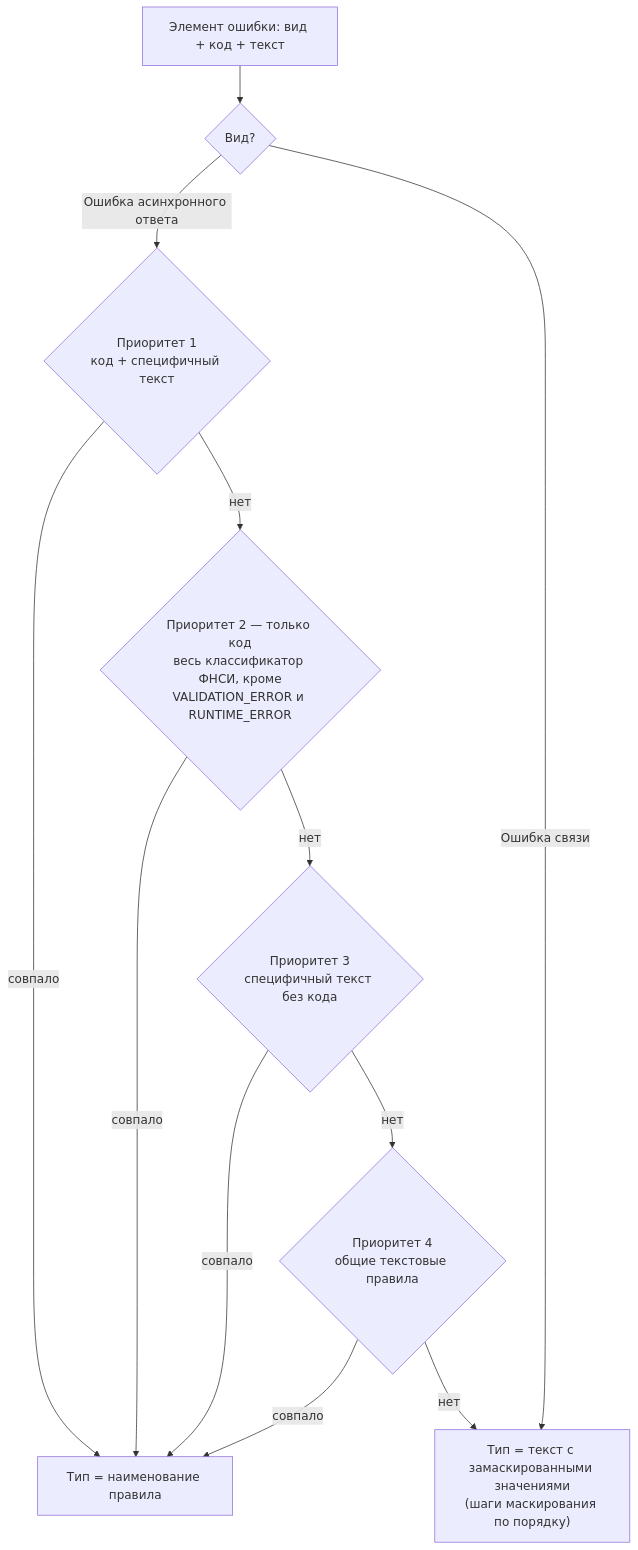
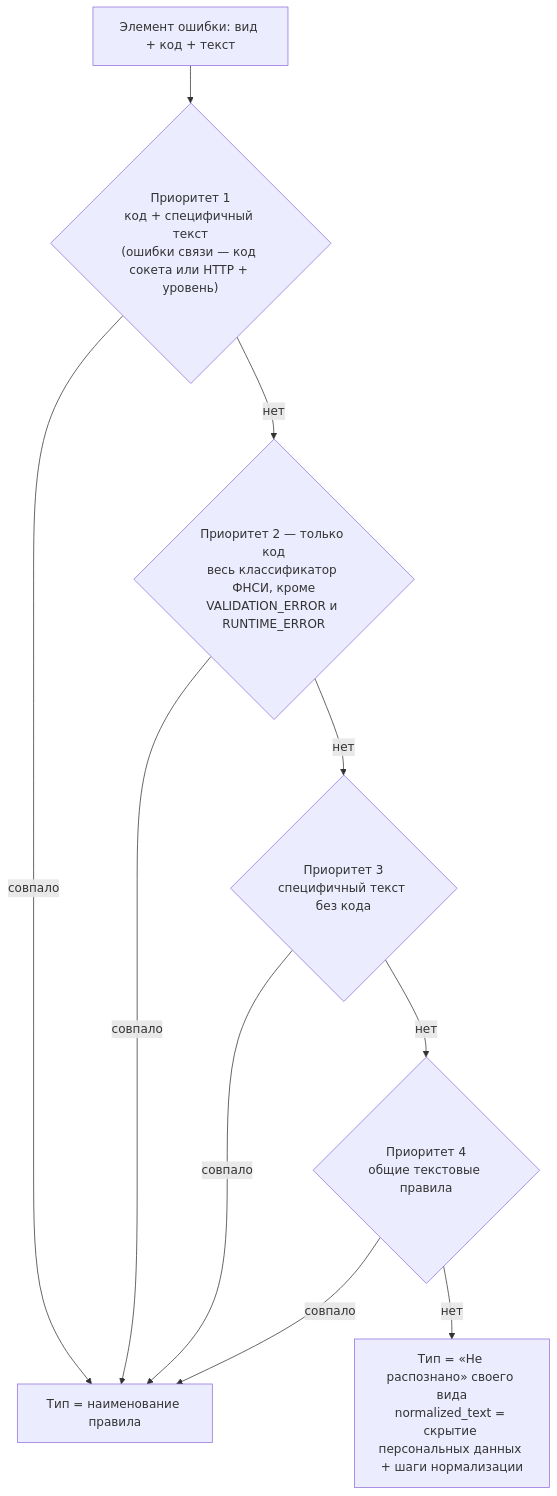
One commit to asaf1n/EGISZ-Proxy-Reports-Airflow changed the sixth of 6 diagrams in README.md. Above: the diagram before and after it, drawn with Mermaid. The commit also changed other lines of this file and 47 other files, not shown here.

````diff
--- a/README.md
+++ b/README.md
@@ -515,18 +554,16 @@
 ```mermaid
 flowchart TD
-    A["Элемент ошибки: вид + код + текст"] --> K{"Вид?"}
-    K -->|Ошибка асинхронного ответа| P1
-    K -->|Ошибка связи| M
+    A["Элемент ошибки: вид + код + текст"] --> P1
 
-    P1{"Приоритет 1<br/>код + специфичный текст"} -->|совпало| OUT
+    P1{"Приоритет 1<br/>код + специфичный текст<br/>(ошибки связи — код сокета или HTTP + уровень)"} -->|совпало| OUT
     P1 -->|нет| P2
     P2{"Приоритет 2 — только код<br/>весь классификатор ФНСИ, кроме<br/>VALIDATION_ERROR и RUNTIME_ERROR"} -->|совпало| OUT
     P2 -->|нет| P3
     P3{"Приоритет 3<br/>специфичный текст без кода"} -->|совпало| OUT
     P3 -->|нет| P4
     P4{"Приоритет 4<br/>общие текстовые правила"} -->|совпало| OUT
     P4 -->|нет| M
 
     OUT["Тип = наименование правила"]
-    M["Тип = текст с замаскированными значениями<br/>(шаги маскирования по порядку)"]
+    M["Тип = «Не распознано» своего вида<br/>normalized_text = скрытие персональных данных + шаги нормализации"]
 ```
````
